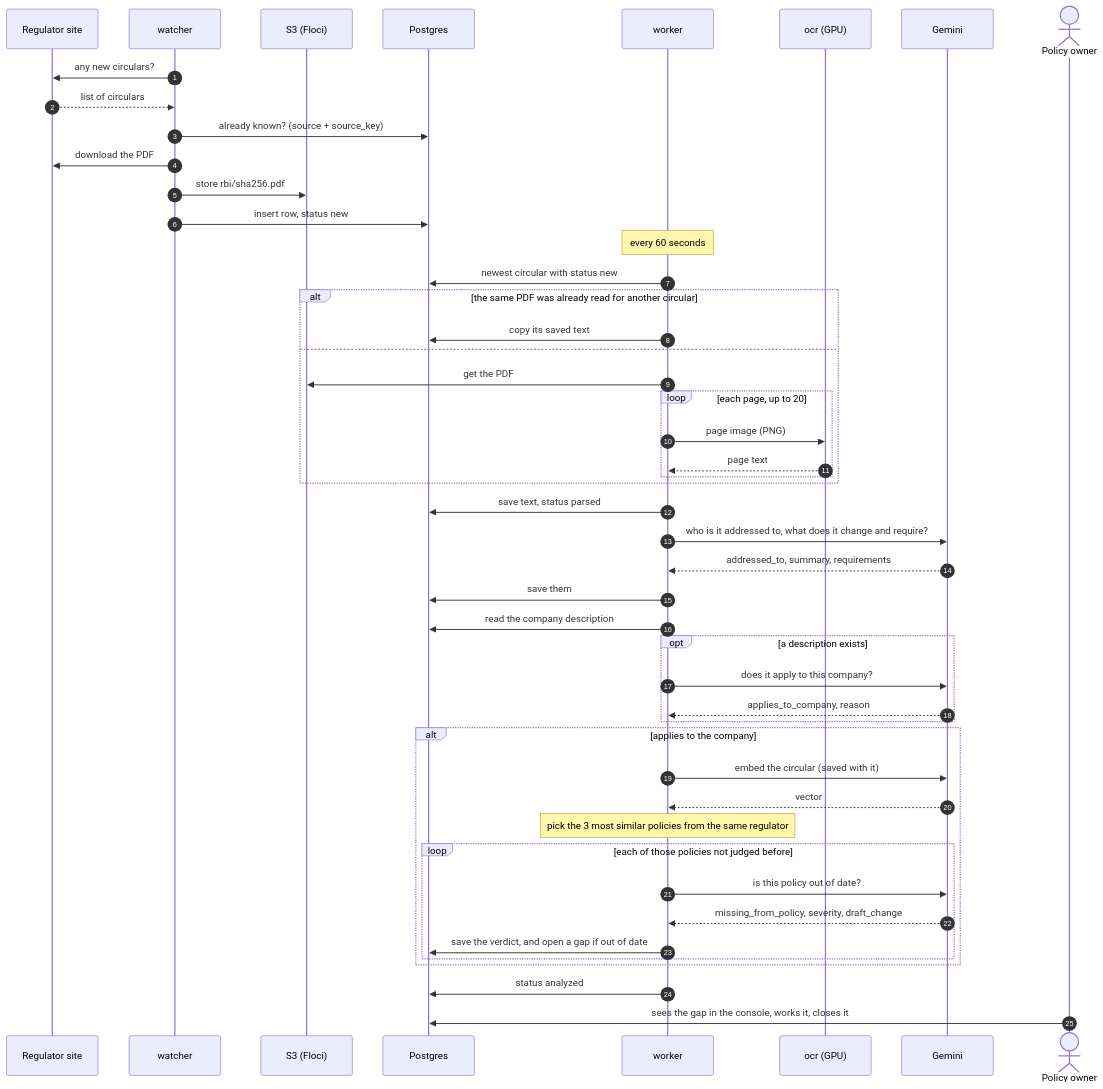
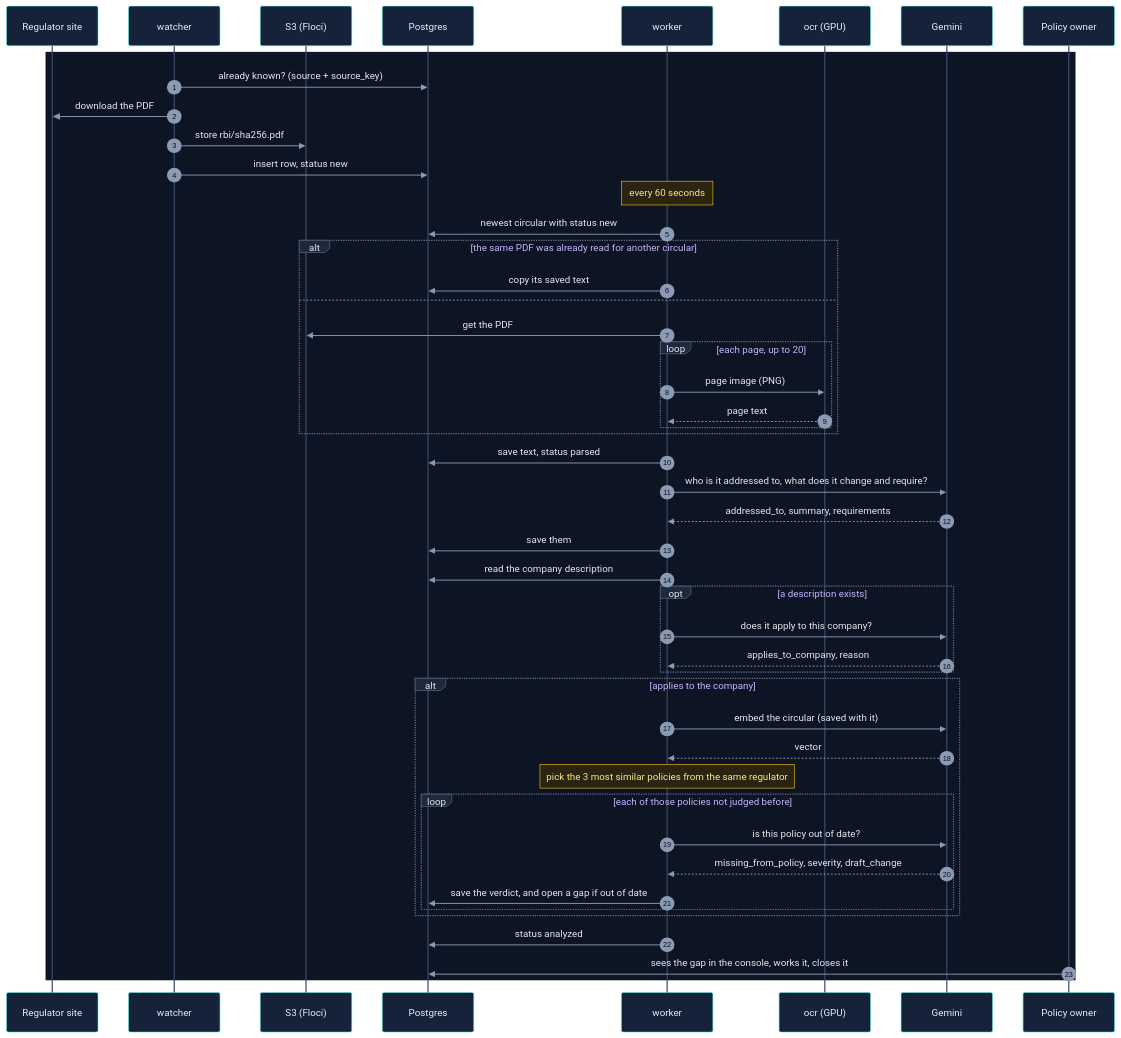
One commit to selvakumarperumal/Regulatory_Circular_Impact_Agent changed the third of 21 diagrams in how_it_works.md. Above: the diagram before and after it, drawn with Mermaid. The commit also changed other lines of this file and 1 other file, not shown here.

````diff
--- a/how_it_works.md
+++ b/how_it_works.md
@@ -140,53 +179,54 @@
 ```mermaid
+%%{init: {"theme": "base", "themeVariables": {"darkMode": true, "primaryColor": "#16213a", "primaryTextColor": "#e6edf7", "primaryBorderColor": "#475a7a", "lineColor": "#8b9bb4", "secondaryColor": "#1b2436", "tertiaryColor": "#101a2e", "edgeLabelBackground": "#0f172a", "textColor": "#e2e8f0", "actorBkg": "#16213a", "actorBorder": "#5eead4", "actorTextColor": "#e6edf7", "actorLineColor": "#3b4a66", "signalColor": "#8b9bb4", "signalTextColor": "#e2e8f0", "noteBkgColor": "#2a2410", "noteBorderColor": "#fbbf24", "noteTextColor": "#fde68a", "labelBoxBkgColor": "#1e293b", "labelBoxBorderColor": "#64748b", "labelTextColor": "#e2e8f0", "loopTextColor": "#c4b5fd", "sequenceNumberColor": "#0b1020", "activationBkgColor": "#1e293b"}}}%%
 sequenceDiagram
     autonumber
     participant Site as Regulator site
     participant W as watcher
     participant S3 as S3 (Floci)
     participant DB as Postgres
     participant K as worker
     participant O as ocr (GPU)
     participant G as Gemini
-    actor P as Policy owner
+    participant P as Policy owner
 
-    W->>Site: any new circulars?
-    Site-->>W: list of circulars
-    W->>DB: already known? (source + source_key)
-    W->>Site: download the PDF
-    W->>S3: store rbi/sha256.pdf
-    W->>DB: insert row, status new
+    rect rgb(13, 20, 36)
+        W->>DB: already known? (source + source_key)
+        W->>Site: download the PDF
+        W->>S3: store rbi/sha256.pdf
+        W->>DB: insert row, status new
 
-    Note over K: every 60 seconds
-    K->>DB: newest circular with status new
-    alt the same PDF was already read for another circular
-        K->>DB: copy its saved text
-    else
-        K->>S3: get the PDF
-        loop each page, up to 20
-            K->>O: page image (PNG)
-            O-->>K: page text
+        Note over K: every 60 seconds
+        K->>DB: newest circular with status new
+        alt the same PDF was already read for another circular
+            K->>DB: copy its saved text
+        else
+            K->>S3: get the PDF
+            loop each page, up to 20
+                K->>O: page image (PNG)
+                O-->>K: page text
+            end
         end
+        K->>DB: save text, status parsed
+
+        K->>G: who is it addressed to, what does it change and require?
+        G-->>K: addressed_to, summary, requirements
+        K->>DB: save them
+        K->>DB: read the company description
+        opt a description exists
+            K->>G: does it apply to this company?
+            G-->>K: applies_to_company, reason
+        end
+        alt applies to the company
+            K->>G: embed the circular (saved with it)
+            G-->>K: vector
+            Note over K: pick the 3 most similar policies from the same regulator
+            loop each of those policies not judged before
+                K->>G: is this policy out of date?
+                G-->>K: missing_from_policy, severity, draft_change
+                K->>DB: save the verdict, and open a gap if out of date
+            end
+        end
+        K->>DB: status analyzed
+        P->>DB: sees the gap in the console, works it, closes it
     end
-    K->>DB: save text, status parsed
-
-    K->>G: who is it addressed to, what does it change and require?
-    G-->>K: addressed_to, summary, requirements
-    K->>DB: save them
-    K->>DB: read the company description
-    opt a description exists
-        K->>G: does it apply to this company?
-        G-->>K: applies_to_company, reason
-    end
-    alt applies to the company
-        K->>G: embed the circular (saved with it)
-        G-->>K: vector
-        Note over K: pick the 3 most similar policies from the same regulator
-        loop each of those policies not judged before
-            K->>G: is this policy out of date?
-            G-->>K: missing_from_policy, severity, draft_change
-            K->>DB: save the verdict, and open a gap if out of date
-        end
-    end
-    K->>DB: status analyzed
-    P->>DB: sees the gap in the console, works it, closes it
 ```
````
